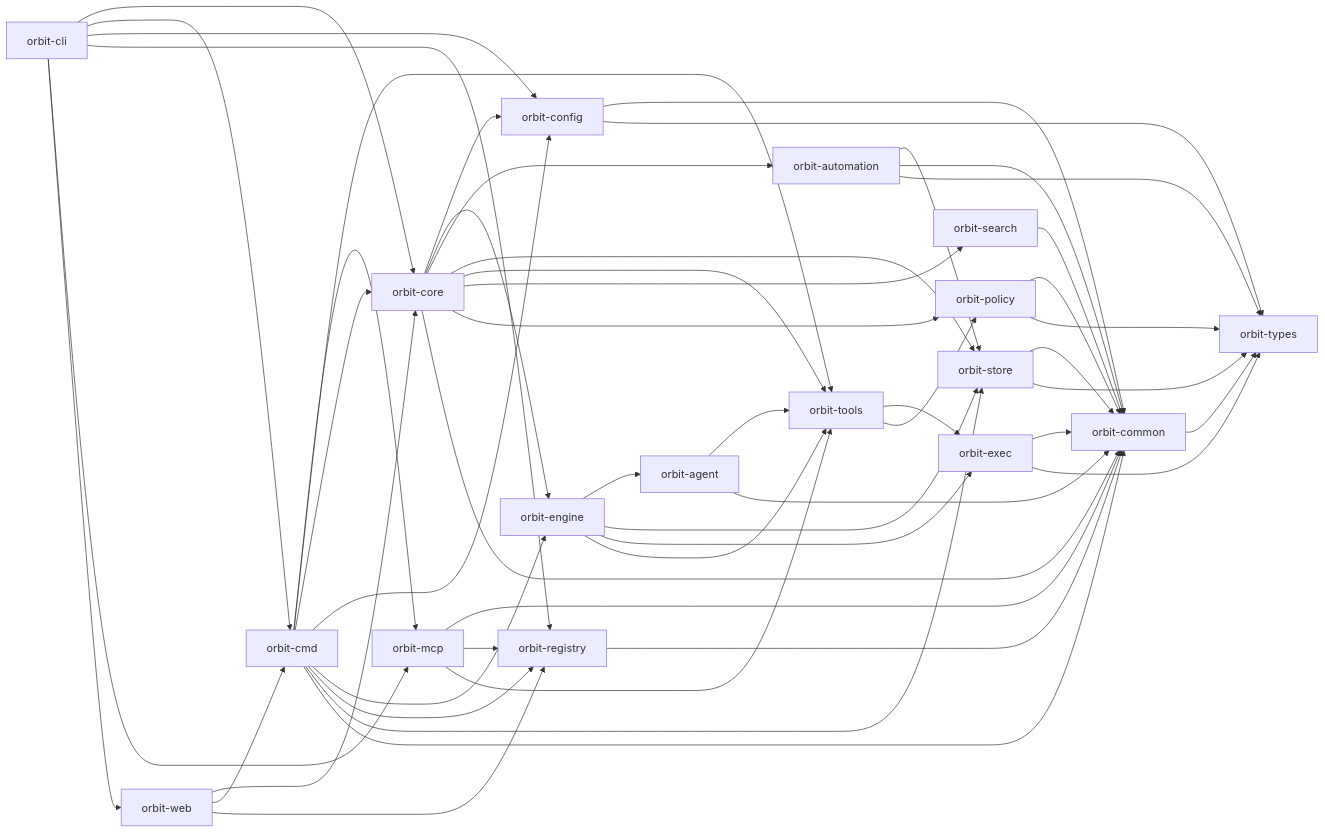
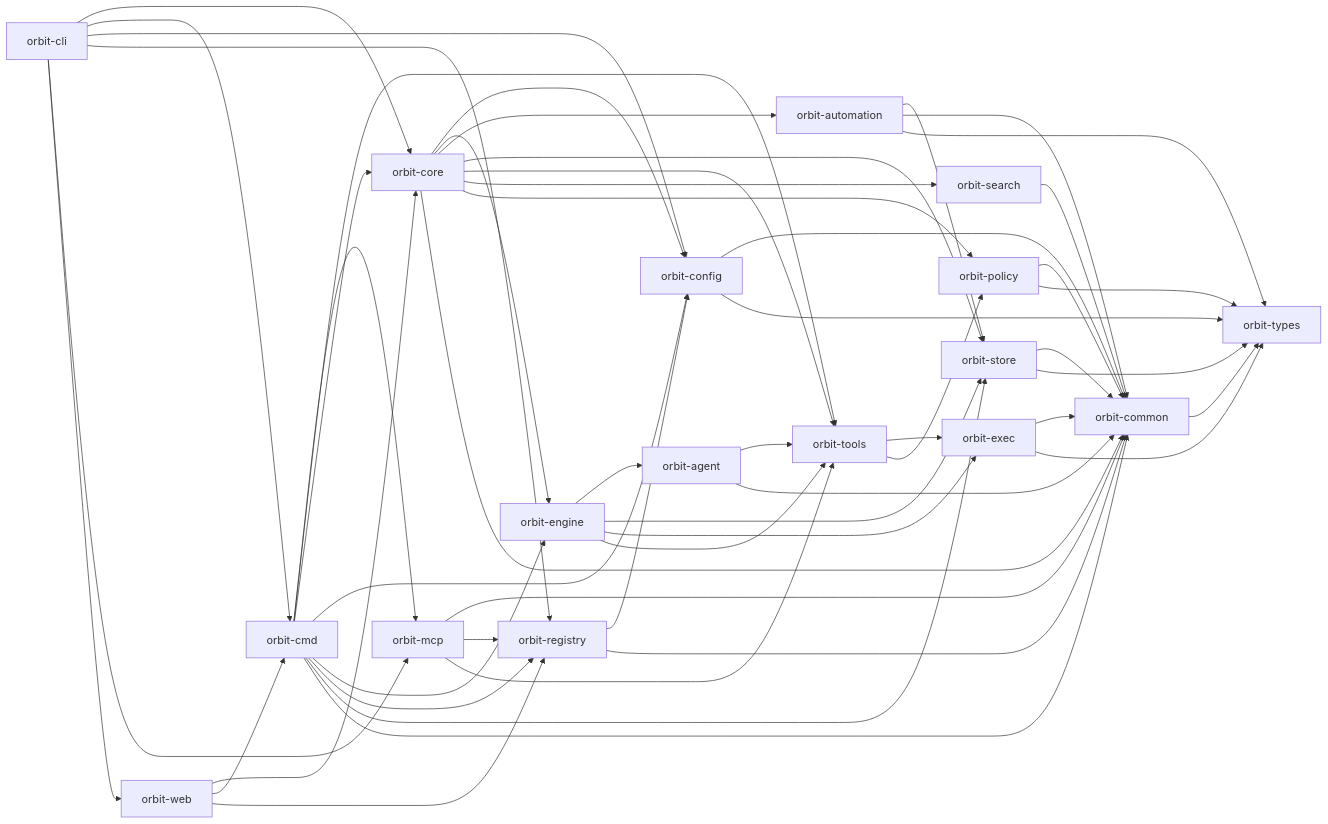
One commit to constellation-works/orbit changed the first of 2 diagrams in ARCHITECTURE.md. Above: the diagram before and after it, drawn with Mermaid. The commit also changed other lines of this file and 245 other files, not shown here.

````diff
--- a/ARCHITECTURE.md
+++ b/ARCHITECTURE.md
@@ -5,53 +5,54 @@
 ```mermaid
 flowchart LR
   CLI["orbit-cli"] --> Core["orbit-core"]
   CLI --> Cmd["orbit-cmd"]
   CLI --> Config["orbit-config"]
   CLI --> Registry["orbit-registry"]
+  Registry --> Config
   CLI --> MCP["orbit-mcp"]
   CLI --> Web["orbit-web"]
   Cmd --> MCP
   Cmd --> Tools
   Cmd --> Core
   Cmd --> Config
   Cmd --> Engine
   Cmd --> Registry
   Cmd --> Store
   Core --> Config
   Core --> Engine["orbit-engine"]
   Core --> Automation["orbit-automation"]
   Automation --> Store
   Automation --> Common
   Automation --> Types
   Core --> Store["orbit-store"]
   Core --> Tools["orbit-tools"]
   Core --> Search["orbit-search"]
   Core --> Policy["orbit-policy"]
   Engine --> Agent["orbit-agent"]
   Engine --> Store
   Engine --> Exec["orbit-exec"]
   Engine --> Tools
   Agent --> Tools
   Tools --> Exec["orbit-exec"]
   Tools --> Policy
   Exec --> Common["orbit-common"]
   Policy --> Common
   Store --> Common
   Agent --> Common
   Search --> Common
   MCP --> Common
   MCP --> Registry
   MCP --> Tools
   Registry --> Common
   Web --> Core
   Web --> Cmd
   Web --> Registry
   Cmd --> Common
   Core --> Common
   Config --> Common
   Config --> Types
   Common --> Types["orbit-types"]
   Exec --> Types
   Policy --> Types
   Store --> Types
 ```
````
